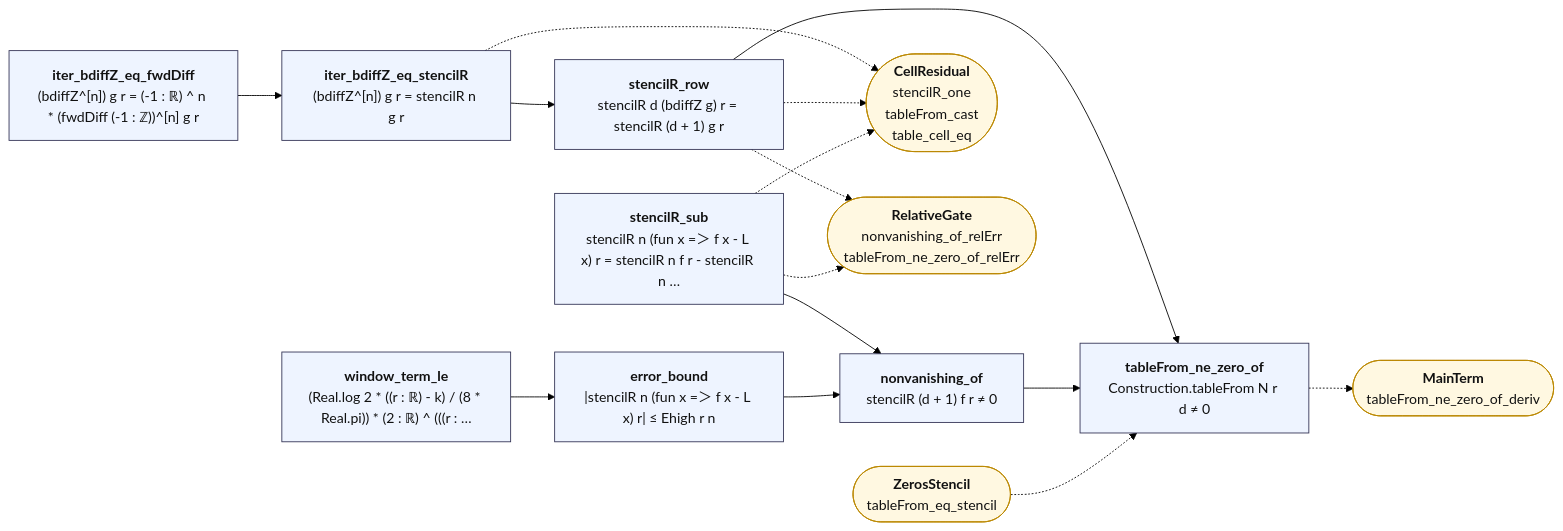
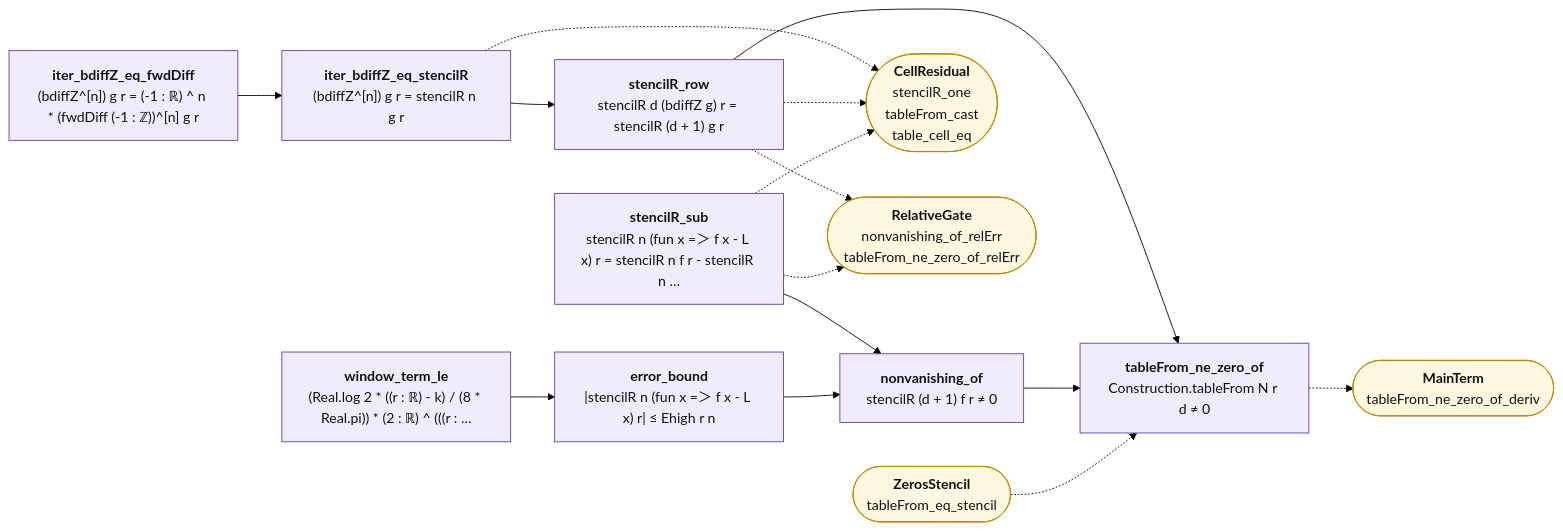
Before and after one commit to juliansambranojr/Primebeat_081426: the diagram in map/lean/Nonvanishing.md, drawn with Mermaid (forest theme). The commit also changed other lines of this file and 398 other files, not shown here.

````diff
--- a/map/lean/Nonvanishing.md
+++ b/map/lean/Nonvanishing.md
@@ -12,34 +12,37 @@
 ```mermaid
 flowchart LR
-  n0["<b>iter_bdiffZ_eq_fwdDiff</b><br/>(bdiffZ^[n]) g r = (-1 : ℝ) ^ n * (fwdDiff (-1 : ℤ))^[n] g r"]:::thm
-  n1["<b>iter_bdiffZ_eq_stencilR</b><br/>(bdiffZ^[n]) g r = stencilR n g r"]:::thm
-  n2["<b>stencilR_row</b><br/>stencilR d (bdiffZ g) r = stencilR (d + 1) g r"]:::thm
-  n3["<b>stencilR_sub</b><br/>stencilR n (fun x =＞ f x - L x) r = stencilR n f r - stencilR n …"]:::thm
-  n4["<b>window_term_le</b><br/>(Real.log 2 * ((r : ℝ) - k) / (8 * Real.pi)) * (2 : ℝ) ^ (((r : …"]:::thm
-  n5["<b>error_bound</b><br/>|stencilR n (fun x =＞ f x - L x) r| ≤ Ehigh r n"]:::thm
-  n6["<b>nonvanishing_of</b><br/>stencilR (d + 1) f r ≠ 0"]:::thm
-  n7["<b>tableFrom_ne_zero_of</b><br/>Construction.tableFrom N r d ≠ 0"]:::thm
+  n0["<b>iter_bdiffZ_eq_fwdDiff</b><br/>(bdiffZ^[n]) g r = (-1 : ℝ) ^ n * (fwdDiff (-1 : ℤ))^[n] g r"]:::shp
+  n1["<b>iter_bdiffZ_eq_stencilR</b><br/>(bdiffZ^[n]) g r = stencilR n g r"]:::shp
+  n2["<b>stencilR_row</b><br/>stencilR d (bdiffZ g) r = stencilR (d + 1) g r"]:::shp
+  n3["<b>stencilR_sub</b><br/>stencilR n (fun x =＞ f x - L x) r = stencilR n f r - stencilR n …"]:::shp
+  n4["<b>window_term_le</b><br/>(Real.log 2 * ((r : ℝ) - k) / (8 * Real.pi)) * (2 : ℝ) ^ (((r : …"]:::shp
+  n5["<b>error_bound</b><br/>|stencilR n (fun x =＞ f x - L x) r| ≤ Ehigh r n"]:::shp
+  n6["<b>nonvanishing_of</b><br/>stencilR (d + 1) f r ≠ 0"]:::shp
+  n7["<b>tableFrom_ne_zero_of</b><br/>Construction.tableFrom N r d ≠ 0"]:::shp
   x0(["<b>CellResidual</b><br/>stencilR_one<br/>tableFrom_cast<br/>table_cell_eq"]):::ext
   x1(["<b>RelativeGate</b><br/>nonvanishing_of_relErr<br/>tableFrom_ne_zero_of_relErr"]):::ext
   x2(["<b>ZerosStencil</b><br/>tableFrom_eq_stencil"]):::ext
   x3(["<b>MainTerm</b><br/>tableFrom_ne_zero_of_deriv"]):::ext
   n0 --> n1
   n1 --> n2
   n2 --> n7
   n3 --> n6
   n4 --> n5
   n5 --> n6
   n6 --> n7
   n1 -.-> x0
   n2 -.-> x0
   n2 -.-> x1
   n3 -.-> x0
   n3 -.-> x1
   n7 -.-> x3
   x2 -.-> n7
+  classDef cnt fill:#dff5ec,stroke:#17694a,color:#111
+  classDef shp fill:#f1ecfb,stroke:#5b3fa0,color:#111
+  classDef rh fill:#ffe5e5,stroke:#c22,color:#111,stroke-width:2px
   classDef thm fill:#eef4ff,stroke:#335,color:#111
   classDef end_ fill:#e7f7e7,stroke:#2a7,color:#111,stroke-width:2px
   classDef lone fill:#fff,stroke:#999,color:#111,stroke-dasharray:4 3
   classDef bad fill:#ffe5e5,stroke:#c22,color:#111,stroke-width:2px
   classDef ext fill:#fff8e1,stroke:#b80,color:#111
 ```
````
